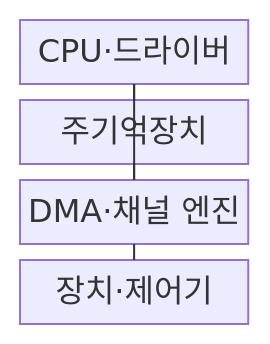
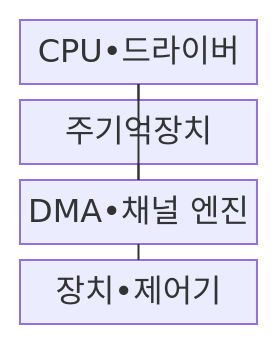
One commit to agnusdei1207/knowledge-base changed the first of 2 diagrams in src/content/docs/notes/02-hardware/033_io_interface.md. Above: the diagram before and after it, drawn with Mermaid. The commit also changed other lines of this file and 953 other files, not shown here.

````diff
--- a/src/content/docs/notes/02-hardware/033_io_interface.md
+++ b/src/content/docs/notes/02-hardware/033_io_interface.md
@@ -66,12 +66,12 @@
 ```mermaid
 block
     columns 1
-    C["CPU·드라이버"]
+    C["CPU•드라이버"]
     M["주기억장치"]
-    E["DMA·채널 엔진"]
-    D["장치·제어기"]
+    E["DMA•채널 엔진"]
+    D["장치•제어기"]
     C --- M
     C --- E
     E --- M
     E --- D
 ```
````
